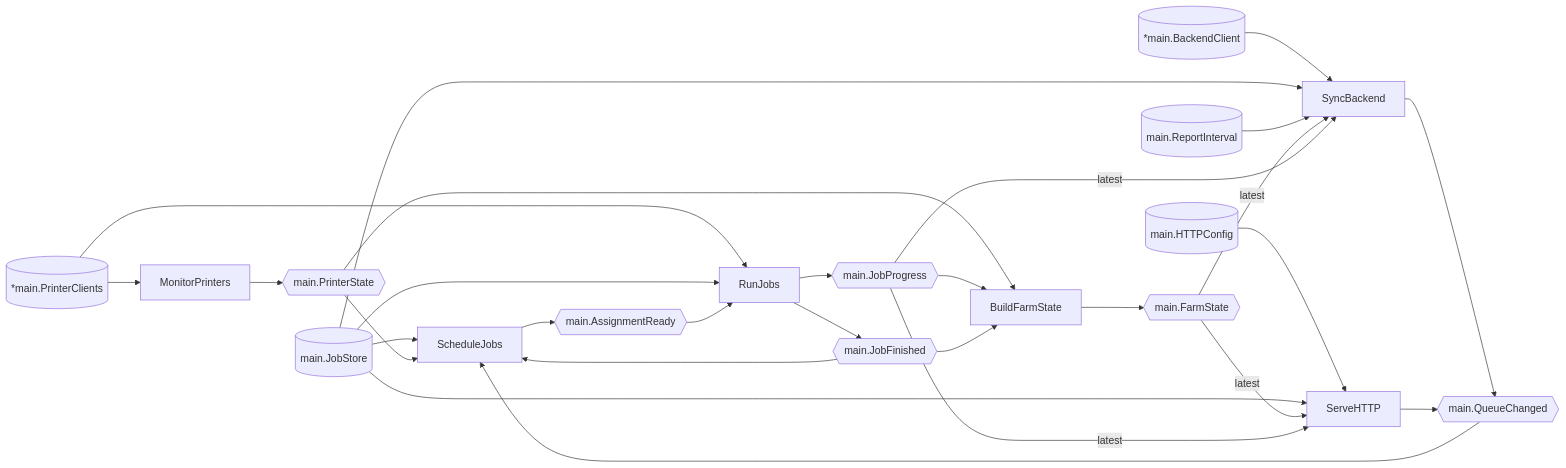
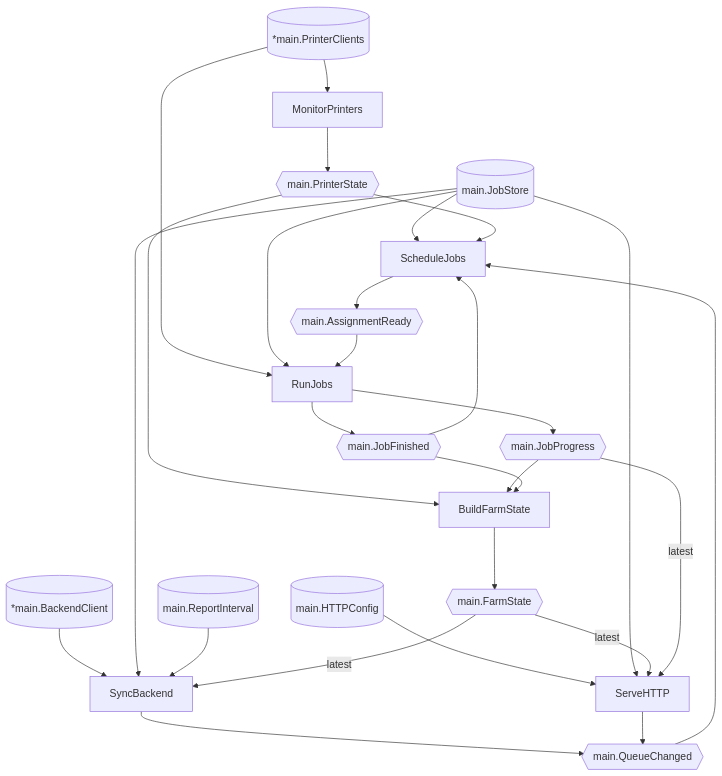
The second of 2 diagrams in content/posts/accidental-application-runtime.md (Michael-F-Bryan/adventures.michaelfbryan.com), drawn with Mermaid before and after one commit. The commit also changed other lines of this file, not shown here.

````diff
--- a/content/posts/accidental-application-runtime.md
+++ b/content/posts/accidental-application-runtime.md
@@ -528,47 +551,46 @@
 ```mermaid
-graph LR
+flowchart TB
   n0["MonitorPrinters"]
   n1["SyncBackend"]
   n2["ServeHTTP"]
   n3["ScheduleJobs"]
   n4["RunJobs"]
   n5["BuildFarmState"]
   n6[("*main.BackendClient")]
   n7[("*main.PrinterClients")]
   n8[("main.HTTPConfig")]
   n9[("main.JobStore")]
   n10[("main.ReportInterval")]
   n11{{"main.AssignmentReady"}}
   n12{{"main.FarmState"}}
   n13{{"main.JobFinished"}}
   n14{{"main.JobProgress"}}
   n15{{"main.PrinterState"}}
   n16{{"main.QueueChanged"}}
   n7 --> n0
   n0 --> n15
   n6 --> n1
   n9 --> n1
   n10 --> n1
   n12 -->|latest| n1
-  n14 -->|latest| n1
   n1 --> n16
   n8 --> n2
   n9 --> n2
   n12 -->|latest| n2
   n14 -->|latest| n2
   n2 --> n16
   n9 --> n3
   n15 --> n3
   n16 --> n3
   n13 --> n3
   n3 --> n11
   n7 --> n4
   n9 --> n4
   n11 --> n4
   n4 --> n14
   n4 --> n13
   n15 --> n5
   n14 --> n5
   n13 --> n5
   n5 --> n12
 ```
````
